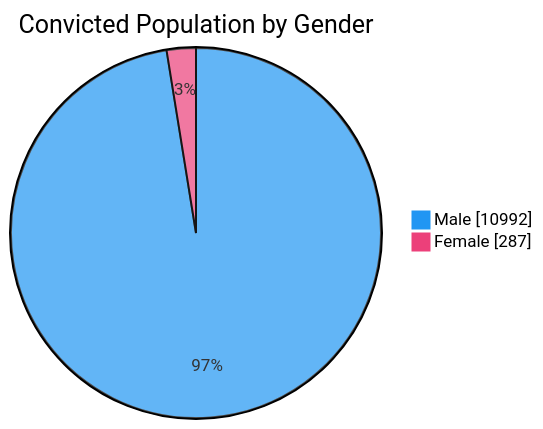
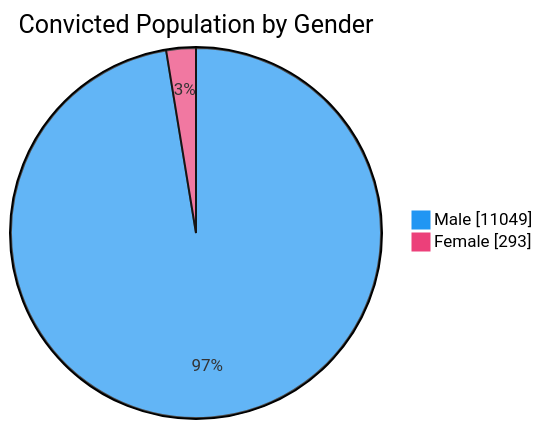
Before and after one commit to nuuuwan/lk_prisons: the third of 7 diagrams in README.md, drawn with Mermaid. The commit also changed other lines of this file and 1 other file, not shown here.

````diff
--- a/README.md
+++ b/README.md
@@ -65,6 +65,6 @@
 ```mermaid
 %%{init: {'themeVariables': {'pie1': '#2196F3', 'pie2': '#EC407A'}}}%%
 pie showData title Convicted Population by Gender
-    "Male" : 10992
-    "Female" : 287
+    "Male" : 11049
+    "Female" : 293
 ```
````
